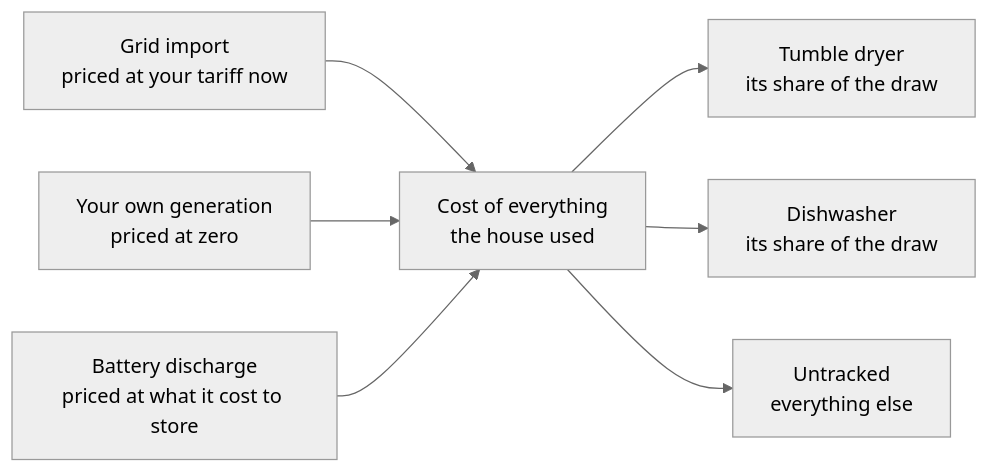
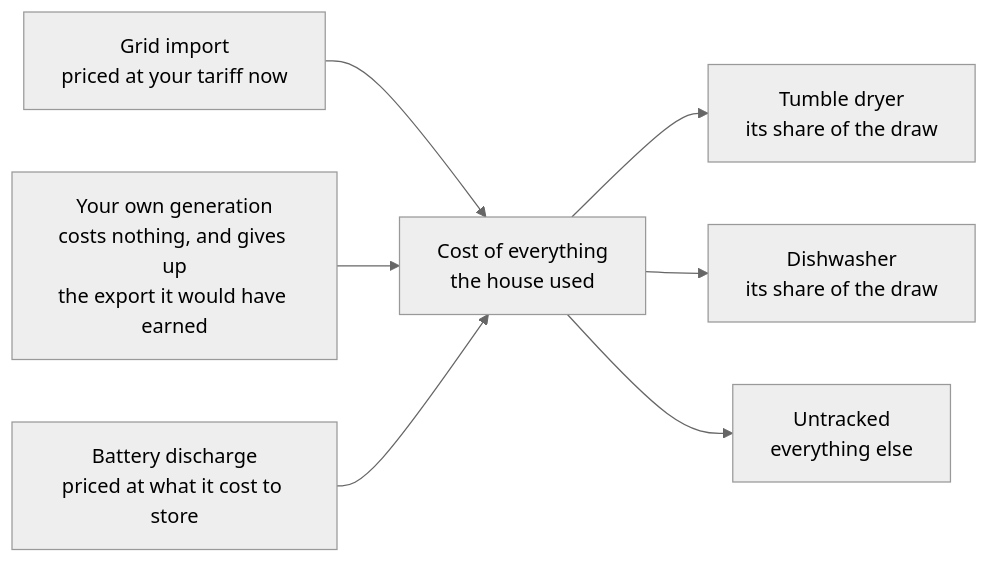
The diagram in README.md (consultingtedds/ha-home-energy-advisor), drawn with Mermaid (neutral theme) before and after one commit. The commit also changed other lines of this file and 7 other files, not shown here.

````diff
--- a/README.md
+++ b/README.md
@@ -459,9 +459,9 @@
 ```mermaid
 flowchart LR
     G["Grid import<br/>priced at your tariff now"] --> M
-    S["Your own generation<br/>priced at zero"] --> M
+    S["Your own generation<br/>costs nothing, and gives up<br/>the export it would have earned"] --> M
     B["Battery discharge<br/>priced at what it cost to store"] --> M
     M["Cost of everything<br/>the house used"] --> D1["Tumble dryer<br/>its share of the draw"]
     M --> D2["Dishwasher<br/>its share of the draw"]
     M --> U["Untracked<br/>everything else"]
 ```
````
